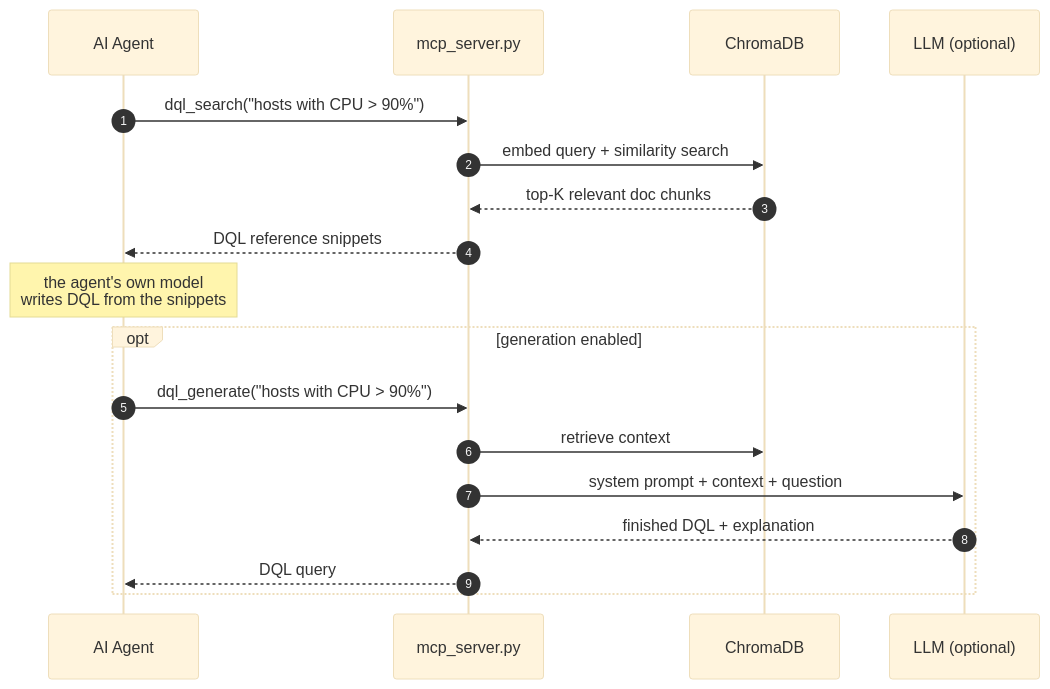
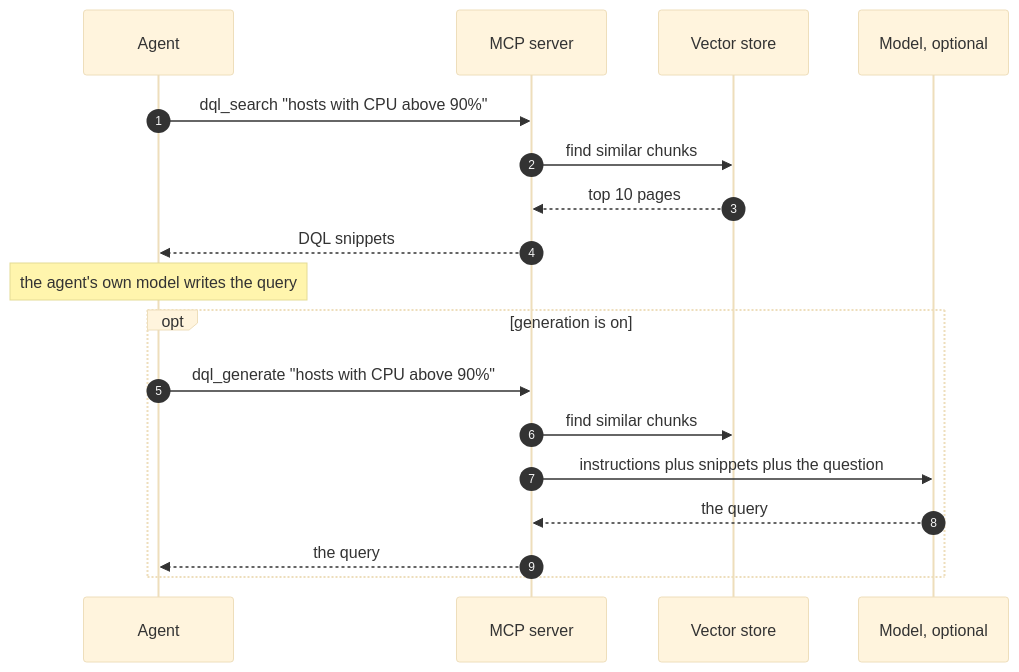
Before and after one commit to aachtenberg/dynatrace-dql-kb: the second of 2 diagrams in ARCHITECTURE.md, drawn with Mermaid (base theme). The commit also changed other lines of this file and 23 other files, not shown here.

First line of the commit message:
Let a locked-down desktop write DQL without a public model API.

````diff
--- a/ARCHITECTURE.md
+++ b/ARCHITECTURE.md
@@ -81,22 +63,22 @@
 ```mermaid
 sequenceDiagram
     autonumber
-    participant A as AI Agent
-    participant M as mcp_server.py
-    participant C as ChromaDB
-    participant L as LLM (optional)
+    participant A as Agent
+    participant M as MCP server
+    participant C as Vector store
+    participant L as Model, optional
 
-    A->>M: dql_search("hosts with CPU > 90%")
-    M->>C: embed query + similarity search
-    C-->>M: top-K relevant doc chunks
-    M-->>A: DQL reference snippets
-    Note over A: the agent's own model<br/>writes DQL from the snippets
+    A->>M: dql_search "hosts with CPU above 90%"
+    M->>C: find similar chunks
+    C-->>M: top 10 pages
+    M-->>A: DQL snippets
+    Note over A: the agent's own model writes the query
 
-    opt generation enabled
-        A->>M: dql_generate("hosts with CPU > 90%")
-        M->>C: retrieve context
-        M->>L: system prompt + context + question
-        L-->>M: finished DQL + explanation
-        M-->>A: DQL query
+    opt generation is on
+        A->>M: dql_generate "hosts with CPU above 90%"
+        M->>C: find similar chunks
+        M->>L: instructions plus snippets plus the question
+        L-->>M: the query
+        M-->>A: the query
     end
 ```
````
